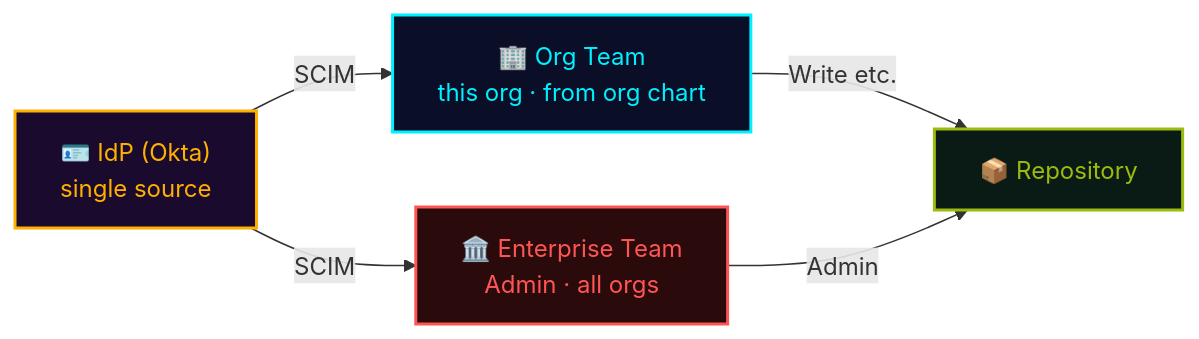
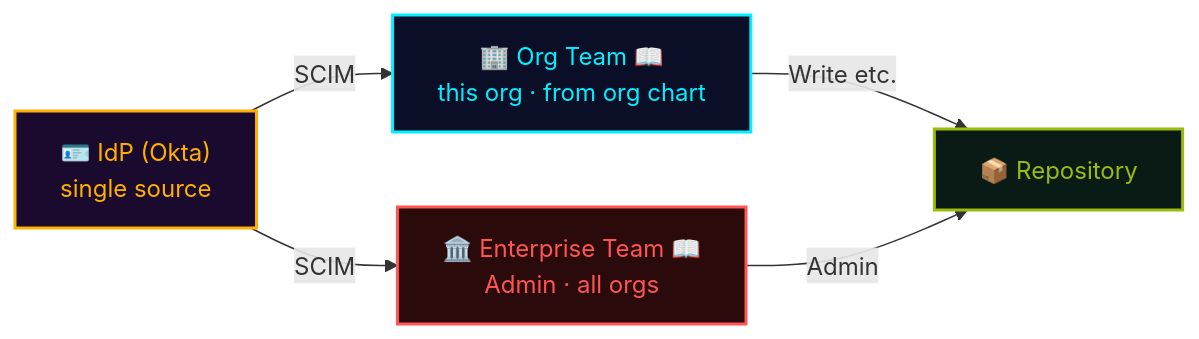
One commit to theomonfort/theomonfort changed the diagram in src/content/playbook/en/governance.md. Above: the diagram before and after it, drawn with Mermaid. The commit also changed other lines of this file and 3 other files, not shown here.

First line of the commit message:
Rewrite the governance org-model slide in plain words and link the team nodes (#337)

````diff
--- a/src/content/playbook/en/governance.md
+++ b/src/content/playbook/en/governance.md
@@ -90,20 +92,23 @@
 ```mermaid
 flowchart LR
   IDP["🪪 IdP (Okta)<br/>single source"]
-  ENT["🏛️ Enterprise Team<br/>Admin · all orgs"]
-  ORG["🏢 Org Team<br/>this org · from org chart"]
+  ENT["🏛️ Enterprise Team 📖<br/>Admin · all orgs"]
+  ORG["🏢 Org Team 📖<br/>this org · from org chart"]
   REPO["📦 Repository"]
   IDP -->|SCIM| ENT
   IDP -->|SCIM| ORG
   ORG -->|Write etc.| REPO
   ENT -->|Admin| REPO
 
   classDef idp fill:#1a0a2e,stroke:#ffb000,color:#ffb000,stroke-width:2px
   classDef ent fill:#2a0a0a,stroke:#ff5555,color:#ff5555,stroke-width:2px
   classDef org fill:#0a0e27,stroke:#00f0ff,color:#00f0ff,stroke-width:2px
   classDef repo fill:#0a1a14,stroke:#9bbc0f,color:#9bbc0f,stroke-width:2px
   class IDP idp
   class ENT ent
   class ORG org
   class REPO repo
+
+  click ENT href "https://docs.github.com/en/enterprise-cloud@latest/admin/managing-accounts-and-repositories/managing-users-in-your-enterprise/create-enterprise-teams" "Enterprise teams docs" _blank
+  click ORG href "https://docs.github.com/en/organizations/organizing-members-into-teams/about-teams" "Organization teams docs" _blank
 ```
````
